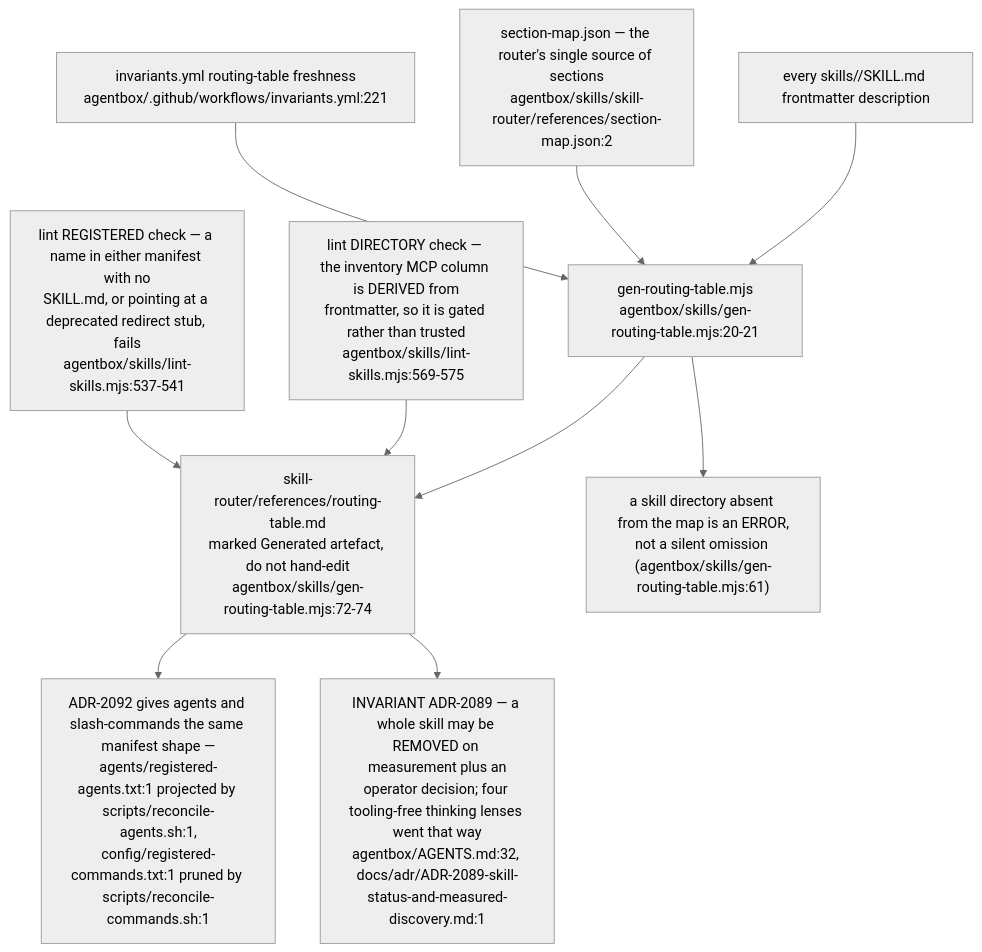
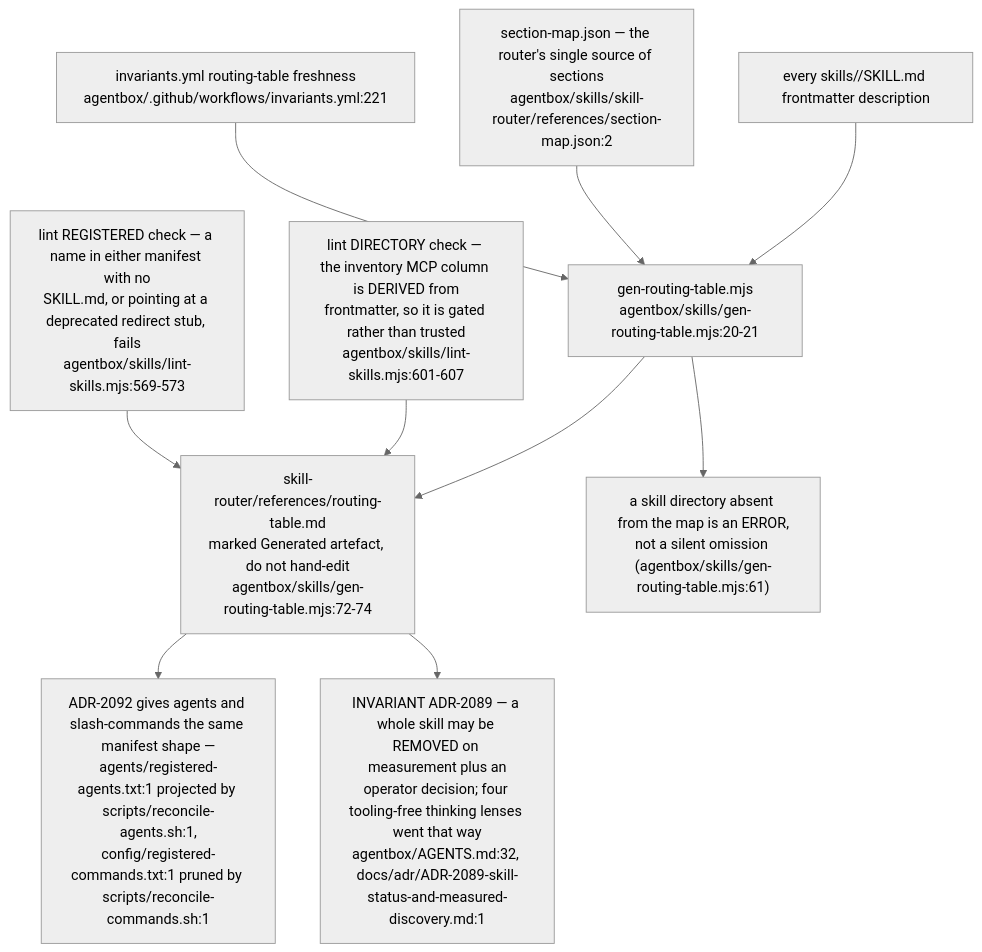
Before and after one commit to DreamLab-AI/VisionFlow: diagram 12 of 12 in docs/diagrams/agentbox/22-skills-and-routing.md, drawn with Mermaid (neutral theme). The commit also changed other lines of this file and 6 other files, not shown here.

````diff
--- a/docs/diagrams/agentbox/22-skills-and-routing.md
+++ b/docs/diagrams/agentbox/22-skills-and-routing.md
@@ -523,12 +525,12 @@
 ```mermaid
 flowchart TB
     FM["every skills/<name>/SKILL.md frontmatter description"] --> GEN["gen-routing-table.mjs<br/>agentbox/skills/gen-routing-table.mjs:20-21"]
     MAP["section-map.json — the router's single source of sections<br/>agentbox/skills/skill-router/references/section-map.json:2"] --> GEN
     GEN --> OUT["skill-router/references/routing-table.md<br/>marked Generated artefact, do not hand-edit<br/>agentbox/skills/gen-routing-table.mjs:72-74"]
     GEN --> MISS["a skill directory absent from the map is an ERROR,<br/>not a silent omission (agentbox/skills/gen-routing-table.mjs:61)"]
     CI["invariants.yml routing-table freshness<br/>agentbox/.github/workflows/invariants.yml:221"] --> GEN
-    DIRC["lint DIRECTORY check — the inventory MCP column is DERIVED from<br/>frontmatter, so it is gated rather than trusted<br/>agentbox/skills/lint-skills.mjs:569-575"] --> OUT
-    REGC["lint REGISTERED check — a name in either manifest with no<br/>SKILL.md, or pointing at a deprecated redirect stub, fails<br/>agentbox/skills/lint-skills.mjs:537-541"] --> OUT
+    DIRC["lint DIRECTORY check — the inventory MCP column is DERIVED from<br/>frontmatter, so it is gated rather than trusted<br/>agentbox/skills/lint-skills.mjs:601-607"] --> OUT
+    REGC["lint REGISTERED check — a name in either manifest with no<br/>SKILL.md, or pointing at a deprecated redirect stub, fails<br/>agentbox/skills/lint-skills.mjs:569-573"] --> OUT
     OUT --> AG["ADR-2092 gives agents and slash-commands the same manifest shape —<br/>agents/registered-agents.txt:1 projected by scripts/reconcile-agents.sh:1,<br/>config/registered-commands.txt:1 pruned by scripts/reconcile-commands.sh:1"]
     OUT --> RM["INVARIANT ADR-2089 — a whole skill may be REMOVED on measurement plus an<br/>operator decision; four tooling-free thinking lenses went that way<br/>agentbox/AGENTS.md:32, docs/adr/ADR-2089-skill-status-and-measured-discovery.md:1"]
 ```
````
